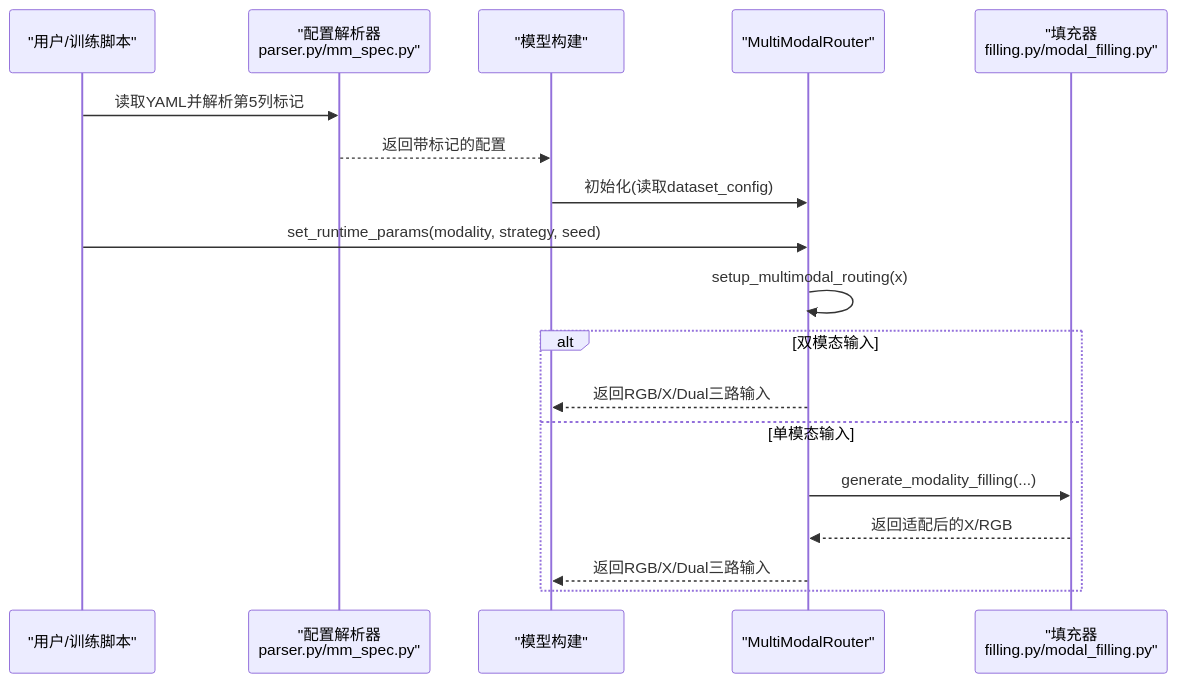
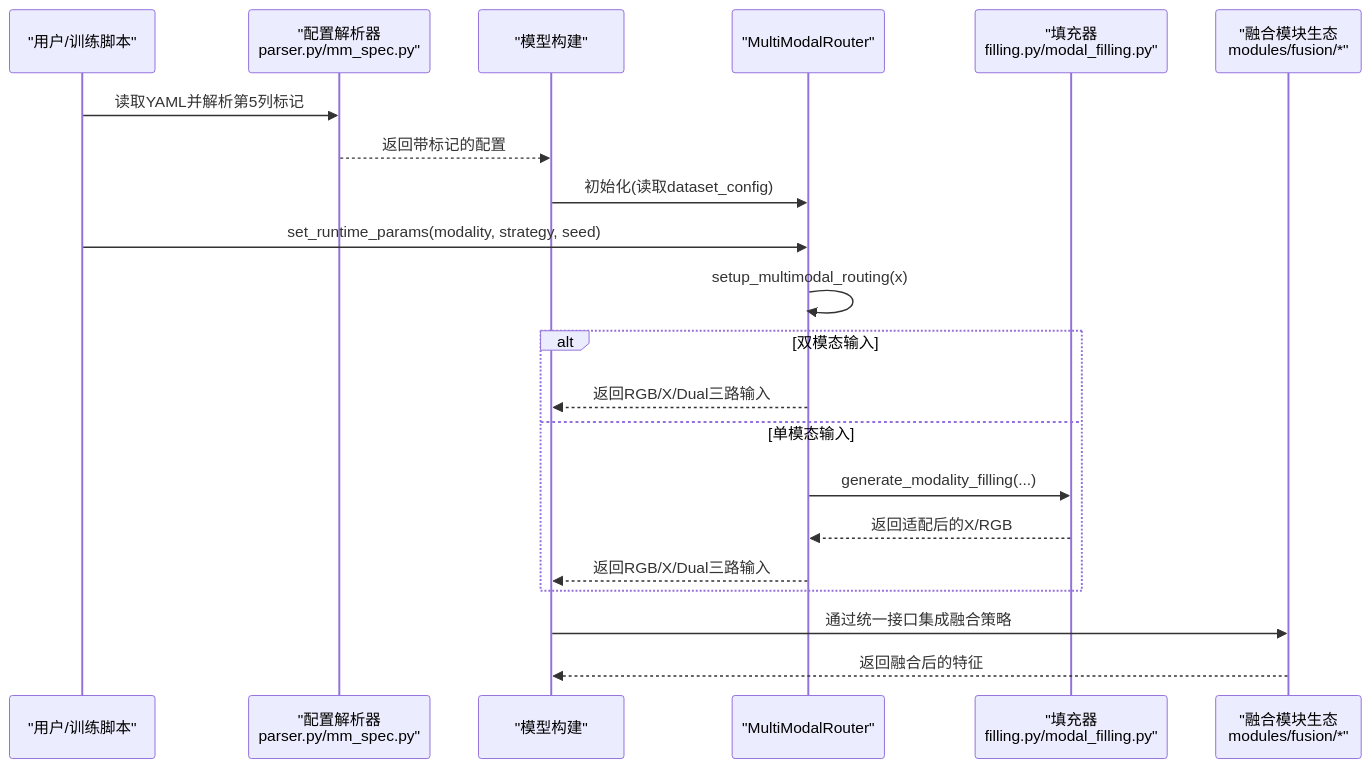
The second of 7 diagrams in .qoder/repowiki/zh/content/核心组件详解/核心组件详解.md (2208754827/MM-IMPROVE), drawn with Mermaid before and after one commit. The commit also changed other lines of this file and 151 other files, not shown here.

````diff
--- a/.qoder/repowiki/zh/content/核心组件详解/核心组件详解.md
+++ b/.qoder/repowiki/zh/content/核心组件详解/核心组件详解.md
@@ -102,20 +131,23 @@
 ```mermaid
 sequenceDiagram
 participant U as "用户/训练脚本"
 participant P as "配置解析器<br/>parser.py/mm_spec.py"
 participant M as "模型构建"
 participant R as "MultiModalRouter"
 participant F as "填充器<br/>filling.py/modal_filling.py"
+participant FM as "融合模块生态<br/>modules/fusion/*"
 U->>P : 读取YAML并解析第5列标记
 P-->>M : 返回带标记的配置
 M->>R : 初始化(读取dataset_config)
 U->>R : set_runtime_params(modality, strategy, seed)
 R->>R : setup_multimodal_routing(x)
 alt 双模态输入
 R-->>M : 返回RGB/X/Dual三路输入
 else 单模态输入
 R->>F : generate_modality_filling(...)
 F-->>R : 返回适配后的X/RGB
 R-->>M : 返回RGB/X/Dual三路输入
 end
+M->>FM : 通过统一接口集成融合策略
+FM-->>M : 返回融合后的特征
 ```
````
